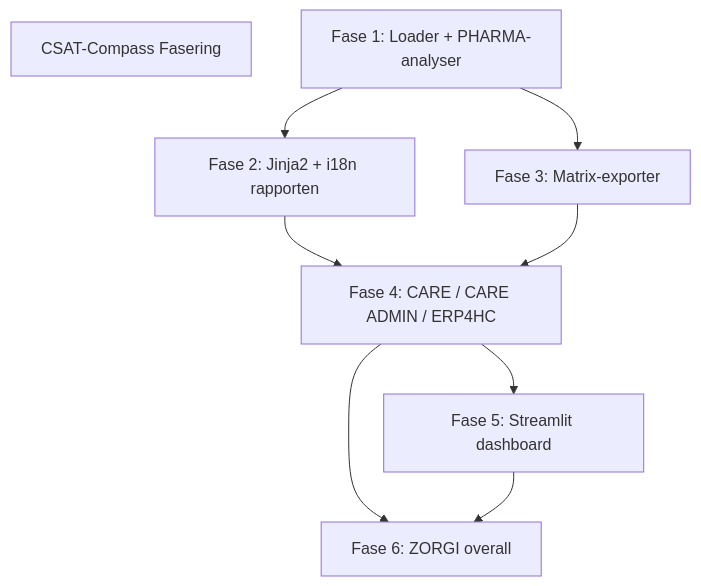
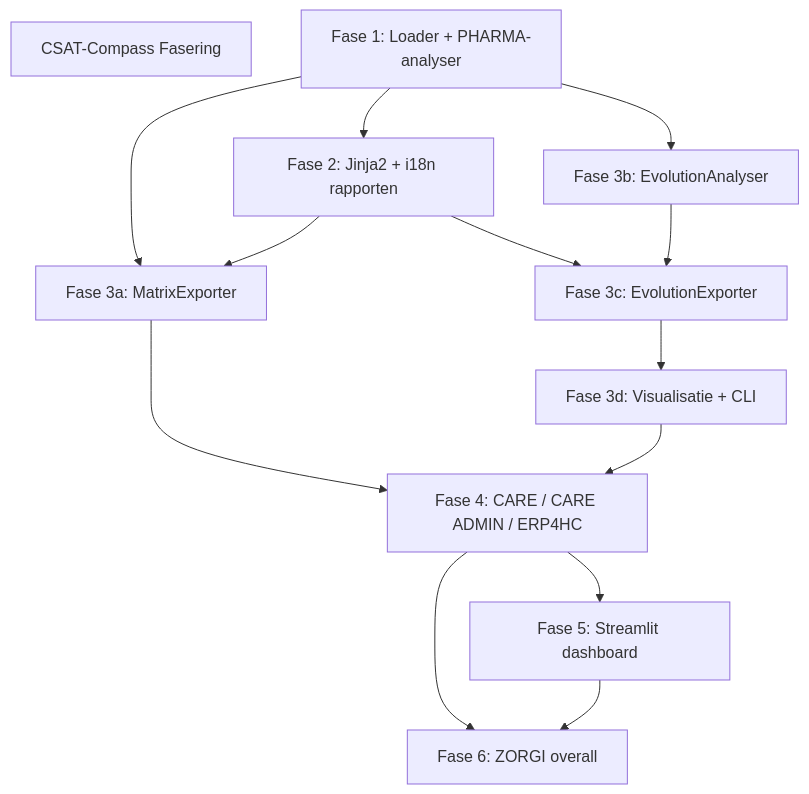
Before and after one commit to ZorgiDannyDepecker/CSAT-Compass: the diagram in docs/02-tactisch/implementatie-gids.md, drawn with Mermaid. The commit also changed other lines of this file and 27 other files, not shown here.

````diff
--- a/docs/02-tactisch/implementatie-gids.md
+++ b/docs/02-tactisch/implementatie-gids.md
@@ -59,18 +71,26 @@
 ```mermaid
 graph TD
     title[CSAT-Compass Fasering]
     F1[Fase 1: Loader + PHARMA-analyser]
     F2[Fase 2: Jinja2 + i18n rapporten]
-    F3[Fase 3: Matrix-exporter]
+    F3a[Fase 3a: MatrixExporter]
+    F3b[Fase 3b: EvolutionAnalyser]
+    F3c[Fase 3c: EvolutionExporter]
+    F3d[Fase 3d: Visualisatie + CLI]
     F4[Fase 4: CARE / CARE ADMIN / ERP4HC]
     F5[Fase 5: Streamlit dashboard]
     F6[Fase 6: ZORGI overall]
 
     F1 --> F2
-    F1 --> F3
-    F2 --> F4
-    F3 --> F4
+    F1 --> F3a
+    F2 --> F3a
+    F1 --> F3b
+    F2 --> F3c
+    F3b --> F3c
+    F3c --> F3d
+    F3a --> F4
+    F3d --> F4
     F4 --> F5
     F4 --> F6
     F5 --> F6
 ```
````
